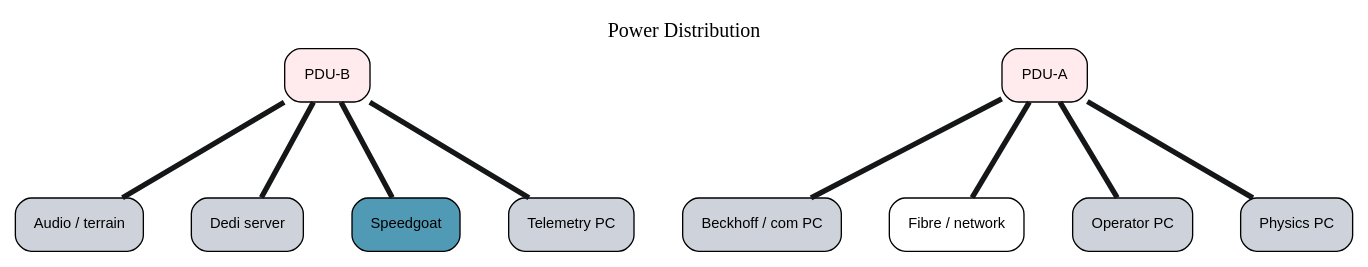
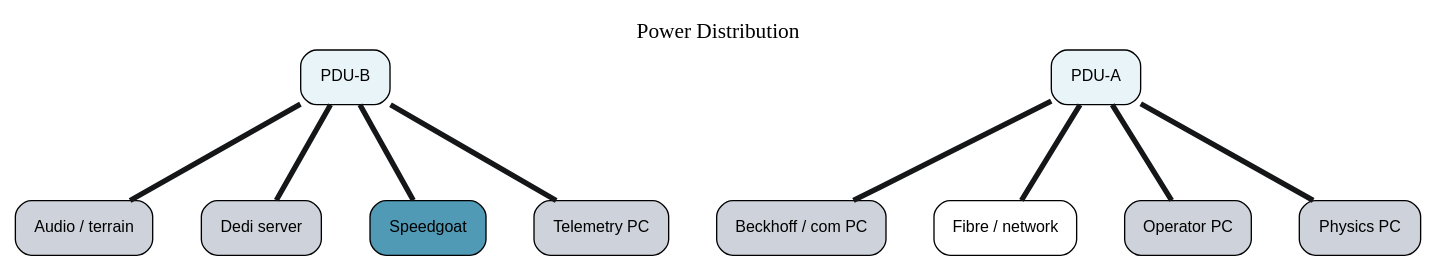
The diagram in wiring_power_distribution.dot (BenjiPestell/rack-diagram-demo), drawn with Graphviz before and after one commit. The commit also changed 3 other files, not shown here.

```diff
--- a/wiring_power_distribution.dot
+++ b/wiring_power_distribution.dot
@@ -1,95 +1,95 @@
 graph "Power Distribution" {
 
   graph [
     rankdir=TB,
     nodesep=0.5,
     ranksep=1.0,
     bgcolor="white",
     label="Power Distribution",
     labelloc=t,
-    fontsize=15,
+    fontsize=16,
     fontname="Arial Bold"
   ];
 
   node [
     shape=box,
     style="rounded,filled",
-    fillcolor="#FFEBEE",
-    fontsize=11,
+    fillcolor="#E8F4F8",
+    fontsize=12,
     fontname="Arial",
     margin=0.2
   ];
 
   edge [
     color="#151617",
     style=solid,
     penwidth=4.0
   ];
 
   // Devices
   "Audio___terrain" [
     label="Audio / terrain",
     fillcolor="#ced3db"
   ];
   "Beckhoff___com_PC" [
     label="Beckhoff / com PC",
     fillcolor="#ced3db"
   ];
   "Dedi_server" [
     label="Dedi server",
     fillcolor="#ced3db"
   ];
   "Fibre___network" [
     label="Fibre / network",
     fillcolor="#FFFFFF"
   ];
   "Operator_PC" [
     label="Operator PC",
     fillcolor="#ced3db"
   ];
   "PDU-A" [
     label="PDU-A"
   ];
   "PDU-B" [
     label="PDU-B"
   ];
   "Physics_PC" [
     label="Physics PC",
     fillcolor="#ced3db"
   ];
   "Speedgoat" [
     label="Speedgoat",
     fillcolor="#519AB5"
   ];
   "Telemetry_PC" [
     label="Telemetry PC",
     fillcolor="#ced3db"
   ];
 
   // Connections
   "PDU-A" -- "Beckhoff___com_PC" [
     color="#151617", style=solid, penwidth=4.0
   ];
   "PDU-A" -- "Operator_PC" [
     color="#151617", style=solid, penwidth=4.0
   ];
   "PDU-A" -- "Physics_PC" [
     color="#151617", style=solid, penwidth=4.0
   ];
   "PDU-B" -- "Dedi_server" [
     color="#151617", style=solid, penwidth=4.0
   ];
   "PDU-B" -- "Speedgoat" [
     color="#151617", style=solid, penwidth=4.0
   ];
   "PDU-B" -- "Telemetry_PC" [
     color="#151617", style=solid, penwidth=4.0
   ];
   "PDU-B" -- "Audio___terrain" [
     color="#151617", style=solid, penwidth=4.0
   ];
   "PDU-A" -- "Fibre___network" [
     color="#151617", style=solid, penwidth=4.0
   ];
 
 }
```
